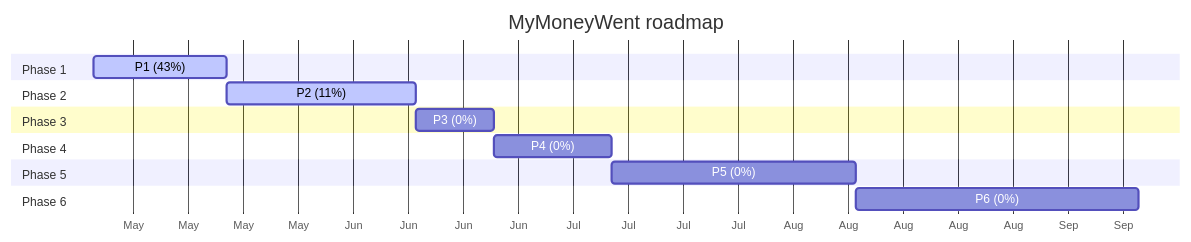
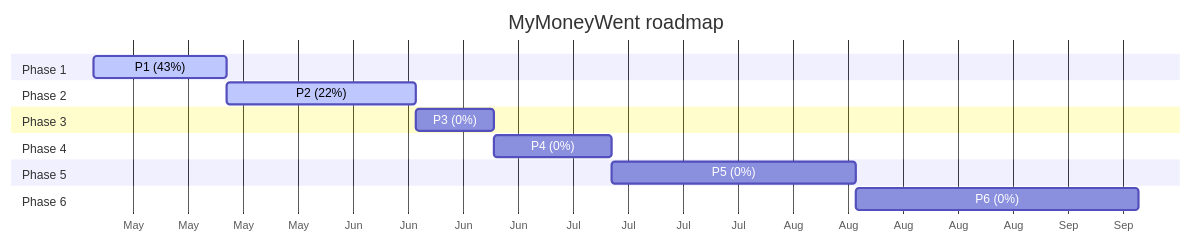
One commit to maingocanh1702/my-money-went-bot changed the diagram in docs/dashboard.md. Above: the diagram before and after it, drawn with Mermaid. The commit also changed other lines of this file and 2 other files, not shown here.

````diff
--- a/docs/dashboard.md
+++ b/docs/dashboard.md
@@ -101,18 +101,18 @@
 ```mermaid
 gantt
     title MyMoneyWent roadmap
     dateFormat YYYY-MM-DD
     axisFormat %b
     section Phase 1
     P1 (43%) : active, 2026-05-05, 2026-05-22
     section Phase 2
-    P2 (11%) : active, 2026-05-22, 2026-06-15
+    P2 (22%) : active, 2026-05-22, 2026-06-15
     section Phase 3
     P3 (0%) : 2026-06-15, 2026-06-25
     section Phase 4
     P4 (0%) : 2026-06-25, 2026-07-10
     section Phase 5
     P5 (0%) : 2026-07-10, 2026-08-10
     section Phase 6
     P6 (0%) : 2026-08-10, 2026-09-15
 ```
````
